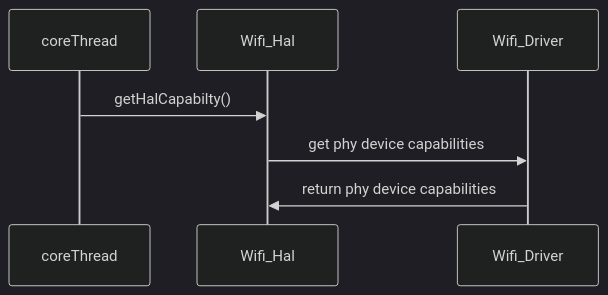
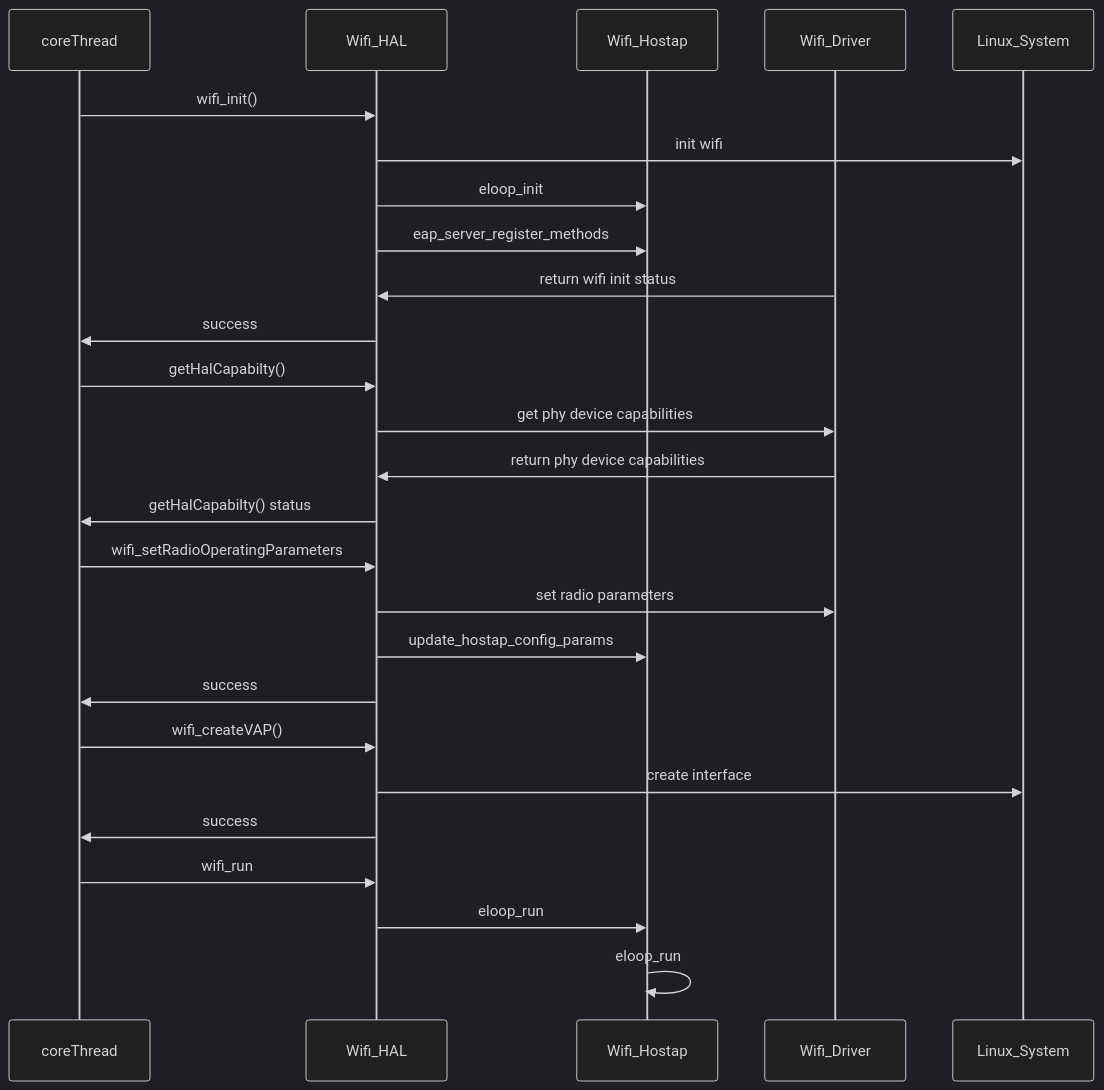
One commit to rdkcentral/rdkb-wifi-hal changed the diagram in docs/pages/halSpec.md. Above: the diagram before and after it, drawn with Mermaid (dark theme). The commit also changed other lines of this file and 1 other file, not shown here.

Commit message:
RDKB-43403: Block and Sequence diagram updated

````diff
--- a/docs/pages/halSpec.md
+++ b/docs/pages/halSpec.md
@@ -188,10 +191,32 @@
 ```mermaid
 sequenceDiagram
     participant coreThread
-    participant Wifi_Hal
+    participant Wifi_HAL
+    participant Wifi_Hostap
     participant Wifi_Driver
+    participant Linux_System   
     
-    coreThread->>Wifi_Hal: getHalCapabilty()
-    Wifi_Hal->>Wifi_Driver: get phy device capabilities
-    Wifi_Driver->>Wifi_Hal: return phy device capabilities
+    coreThread->>Wifi_HAL: wifi_init()
+    Wifi_HAL->>Linux_System: init wifi
+    Wifi_HAL->>Wifi_Hostap: eloop_init
+    Wifi_HAL->>Wifi_Hostap: eap_server_register_methods
+
+    Wifi_Driver->>Wifi_HAL: return wifi init status
+    Wifi_HAL->>coreThread: success
+    coreThread->>Wifi_HAL: getHalCapabilty()
+    Wifi_HAL->>Wifi_Driver: get phy device capabilities
+    Wifi_Driver->>Wifi_HAL: return phy device capabilities
+    Wifi_HAL->>coreThread: getHalCapabilty() status
+    coreThread->>Wifi_HAL:wifi_setRadioOperatingParameters
+    Wifi_HAL->>Wifi_Driver: set radio parameters
+    Wifi_HAL->>Wifi_Hostap: update_hostap_config_params
+    Wifi_HAL->>coreThread: success
+    coreThread->>Wifi_HAL: wifi_createVAP()
+    Wifi_HAL->>Linux_System: create interface
+    Wifi_HAL->>coreThread: success
+    coreThread->>Wifi_HAL: wifi_run
+    Wifi_HAL->>Wifi_Hostap: eloop_run
+    Wifi_Hostap->>Wifi_Hostap: eloop_run
+    
+    
 ```
````
